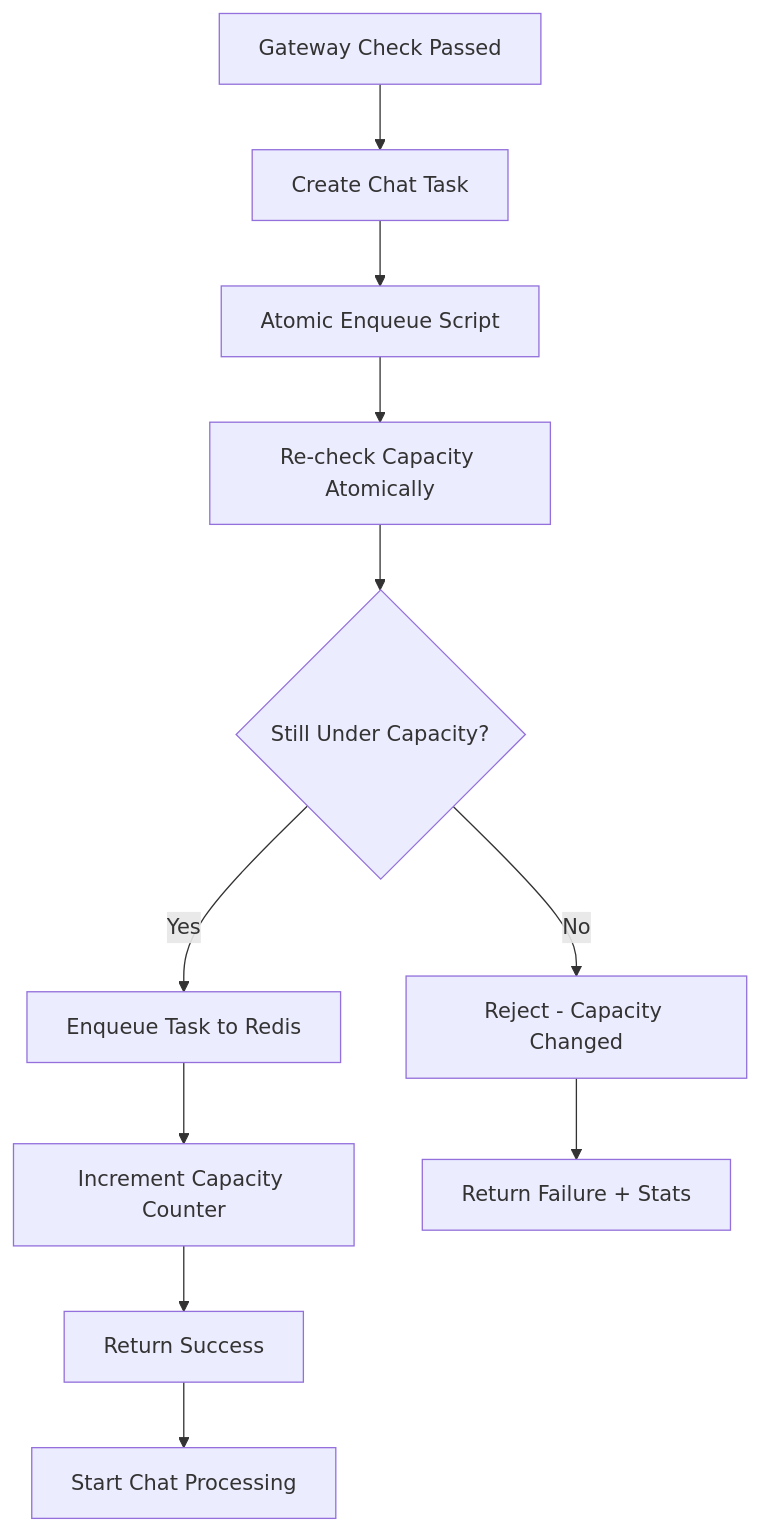
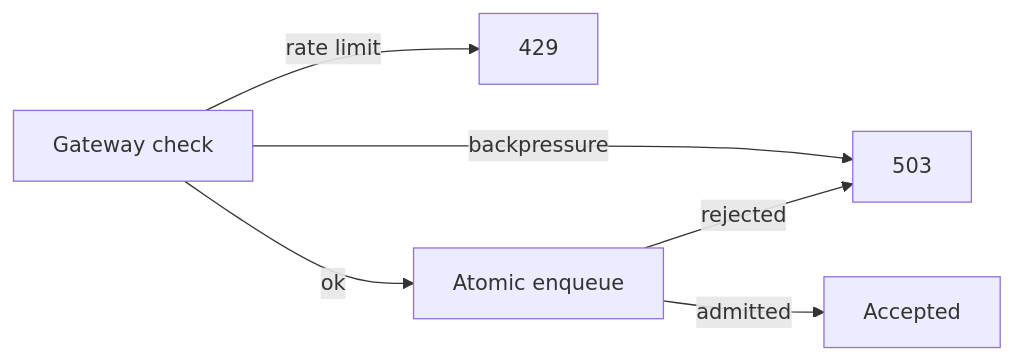
The third of 3 diagrams in app/ai-app/services/kdcube-ai-app/kdcube_ai_app/infra/gateway/gateway-README.md (elenaviter/kdcube-ai-app), drawn with Mermaid before and after one commit. The commit also changed other lines of this file and 55 other files, not shown here.

````diff
--- a/app/ai-app/services/kdcube-ai-app/kdcube_ai_app/infra/gateway/gateway-README.md
+++ b/app/ai-app/services/kdcube-ai-app/kdcube_ai_app/infra/gateway/gateway-README.md
@@ -123,13 +77,8 @@
 ```mermaid
-graph TD
-    A[Gateway Check Passed] --> B[Create Chat Task]
-    B --> C[Atomic Enqueue Script]
-    C --> D[Re-check Capacity Atomically]
-    D --> E{Still Under Capacity?}
-    E -->|Yes| F[Enqueue Task to Redis]
-    F --> G[Increment Capacity Counter]
-    G --> H[Return Success]
-    E -->|No| I[Reject - Capacity Changed]
-    H --> J[Start Chat Processing]
-    I --> K[Return Failure + Stats]
+graph LR
+  A[Gateway check] -->|rate limit| R429[429]
+  A -->|backpressure| R503[503]
+  A -->|ok| B[Atomic enqueue]
+  B -->|admitted| OK[Accepted]
+  B -->|rejected| R503
 ```
````
